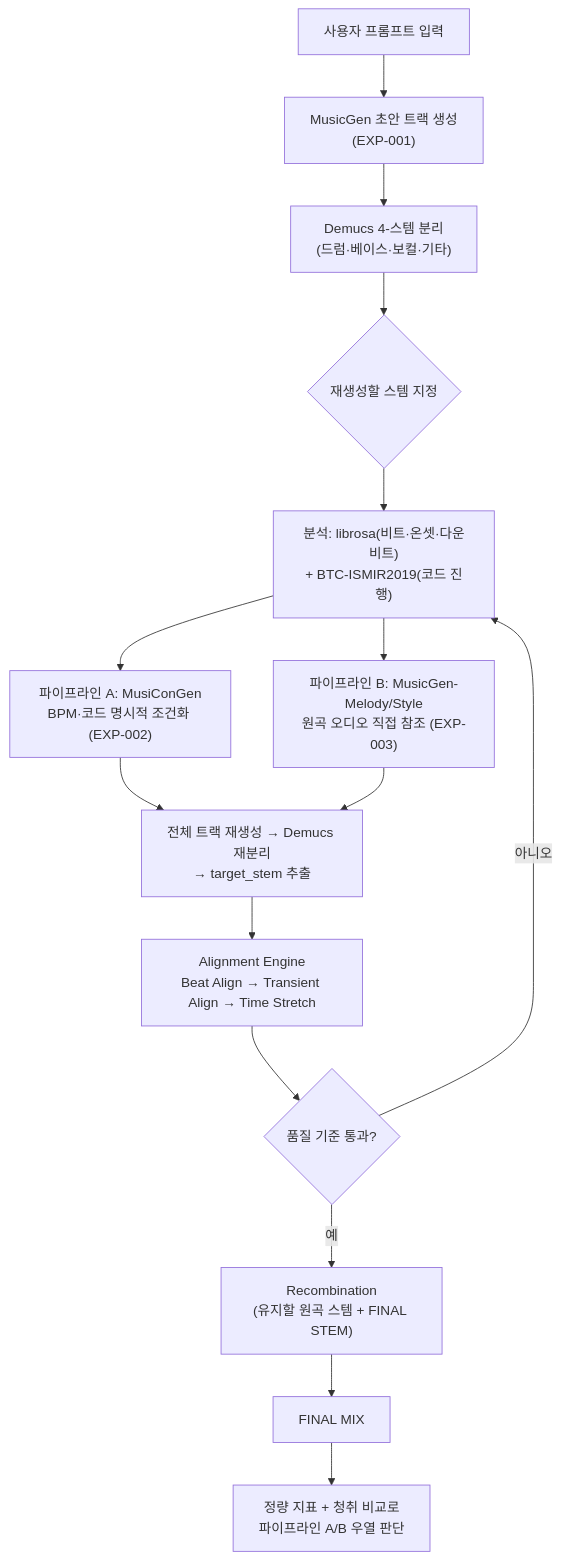
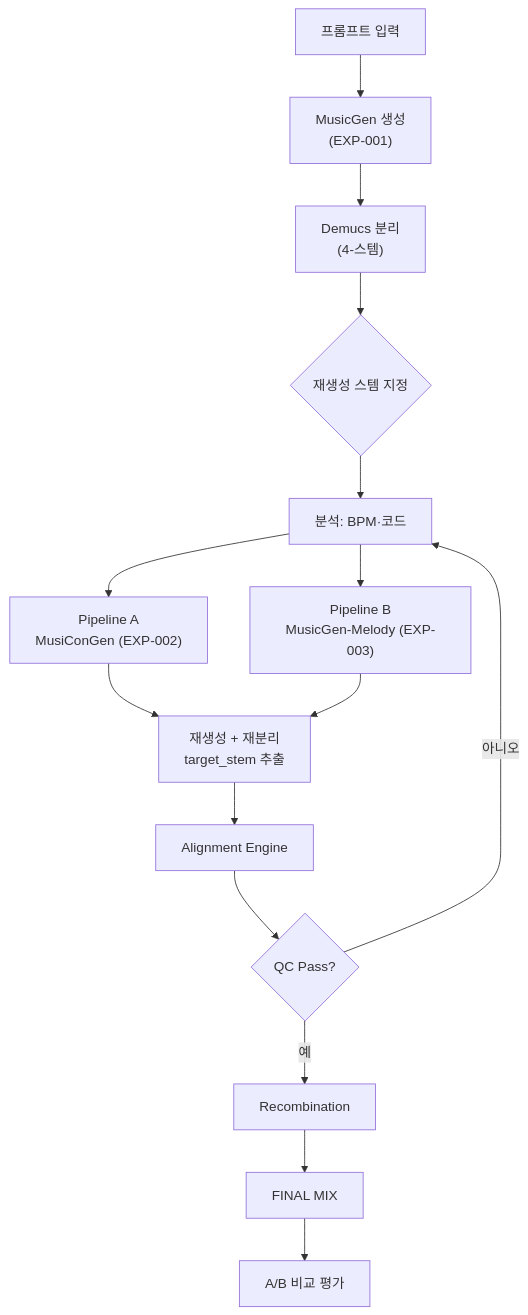
One commit to finneKIM/stem-remix-assistant changed the diagram in README.md. Above: the diagram before and after it, drawn with Mermaid. The commit also changed other lines of this file, not shown here.

Commit message:
docs: fix mermaid diagram rendering (shorten CJK node labels)

````diff
--- a/README.md
+++ b/README.md
@@ -13,17 +13,17 @@
 ```mermaid
 flowchart TD
-    A[사용자 프롬프트 입력] --> B["MusicGen 초안 트랙 생성<br/>(EXP-001)"]
-    B --> C["Demucs 4-스템 분리<br/>(드럼·베이스·보컬·기타)"]
-    C --> D{재생성할 스템 지정}
-    D --> E["분석: librosa(비트·온셋·다운비트)<br/>+ BTC-ISMIR2019(코드 진행)"]
-    E --> F1["파이프라인 A: MusiConGen<br/>BPM·코드 명시적 조건화 (EXP-002)"]
-    E --> F2["파이프라인 B: MusicGen-Melody/Style<br/>원곡 오디오 직접 참조 (EXP-003)"]
-    F1 --> G["전체 트랙 재생성 → Demucs 재분리<br/>→ target_stem 추출"]
+    A[프롬프트 입력] --> B["MusicGen 생성<br/>(EXP-001)"]
+    B --> C["Demucs 분리<br/>(4-스템)"]
+    C --> D{재생성 스템 지정}
+    D --> E[분석: BPM·코드]
+    E --> F1["Pipeline A<br/>MusiConGen (EXP-002)"]
+    E --> F2["Pipeline B<br/>MusicGen-Melody (EXP-003)"]
+    F1 --> G["재생성 + 재분리<br/>target_stem 추출"]
     F2 --> G
-    G --> H["Alignment Engine<br/>Beat Align → Transient Align → Time Stretch"]
-    H --> I{품질 기준 통과?}
+    G --> H[Alignment Engine]
+    H --> I{QC Pass?}
     I -- 아니오 --> E
-    I -- 예 --> J["Recombination<br/>(유지할 원곡 스템 + FINAL STEM)"]
+    I -- 예 --> J[Recombination]
     J --> K[FINAL MIX]
-    K --> L["정량 지표 + 청취 비교로<br/>파이프라인 A/B 우열 판단"]
+    K --> L[A/B 비교 평가]
 ```
````
